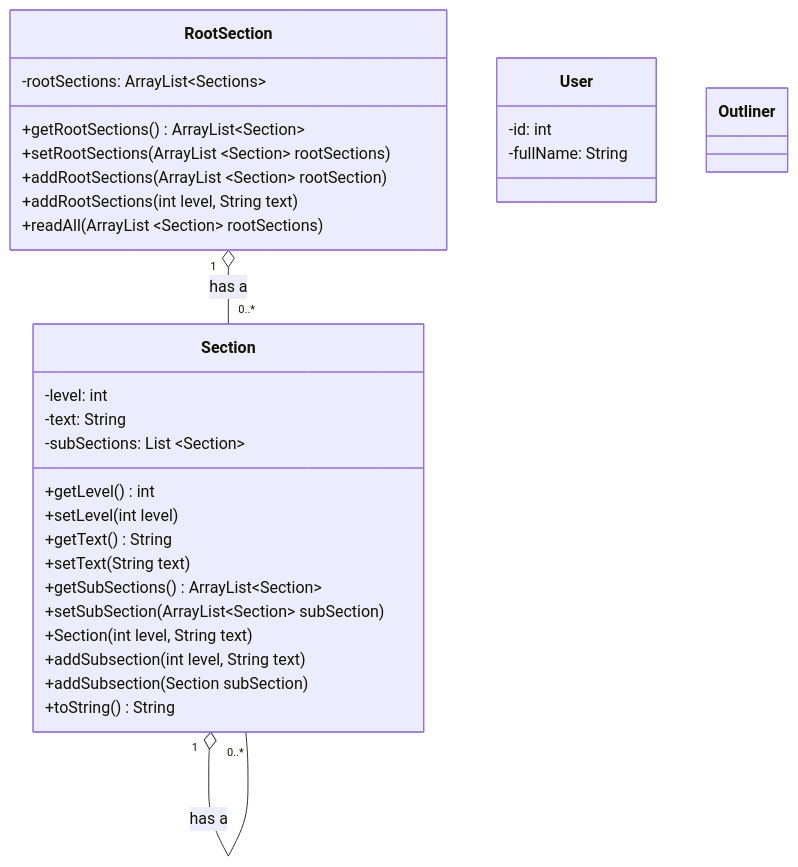
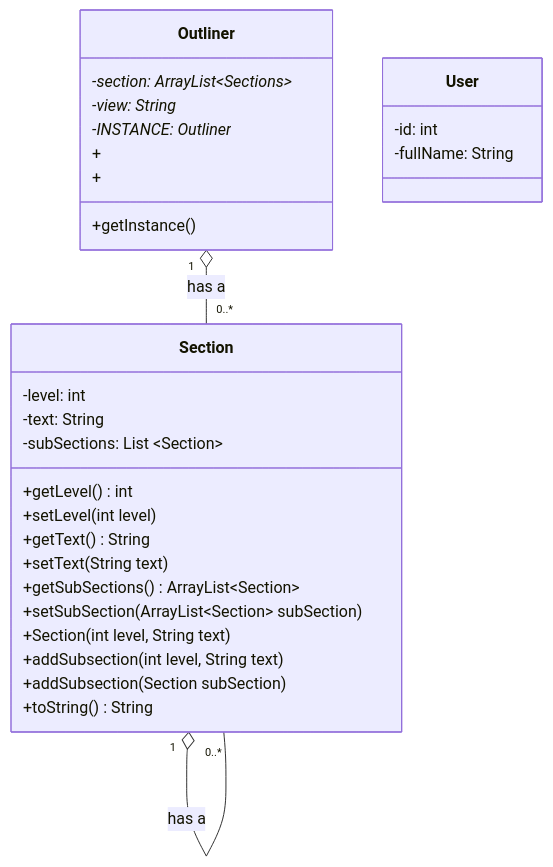
One commit to itsjihunpark/Microsoft-Word-Outliner-Clone changed the diagram in docs/UML.md. Above: the diagram before and after it, drawn with Mermaid.

````diff
--- a/docs/UML.md
+++ b/docs/UML.md
@@ -24,40 +24,40 @@
 ```mermaid
 classDiagram
-    RootSection "1" o-- "0..*" Section : has a 
+    Outliner "1" o-- "0..*" Section : has a 
     Section "1" o-- "0..*" Section : has a
 
     class User{
       -id: int
       -fullName: String
     }
 
     class Outliner{
     
     }
 
-    class RootSection{
-      -rootSections: ArrayList~Sections~
-      +getRootSections() ArrayList~Section~
-      +setRootSections(ArrayList ~Section~ rootSections) 
-      +addRootSections(ArrayList ~Section~ rootSection)
-      +addRootSections(int level, String text)
-      +readAll(ArrayList ~Section~ rootSections)
+    class Outliner{
+      _-section: ArrayList~Sections~_
+      _-view: String_
+      _-INSTANCE: Outliner_
+      +getInstance()
+      +
+      +
       
     }
     class Section{
       -level: int
       -text: String
       -subSections: List ~Section~
       +getLevel() int
       +setLevel(int level)
       +getText() String
       +setText(String text)
       +getSubSections() ArrayList~Section~
       +setSubSection(ArrayList~Section~ subSection)
       +Section(int level, String text)
       +addSubsection(int level, String text)
       +addSubsection(Section subSection)
       +toString() String
     }
 
 ```
````
